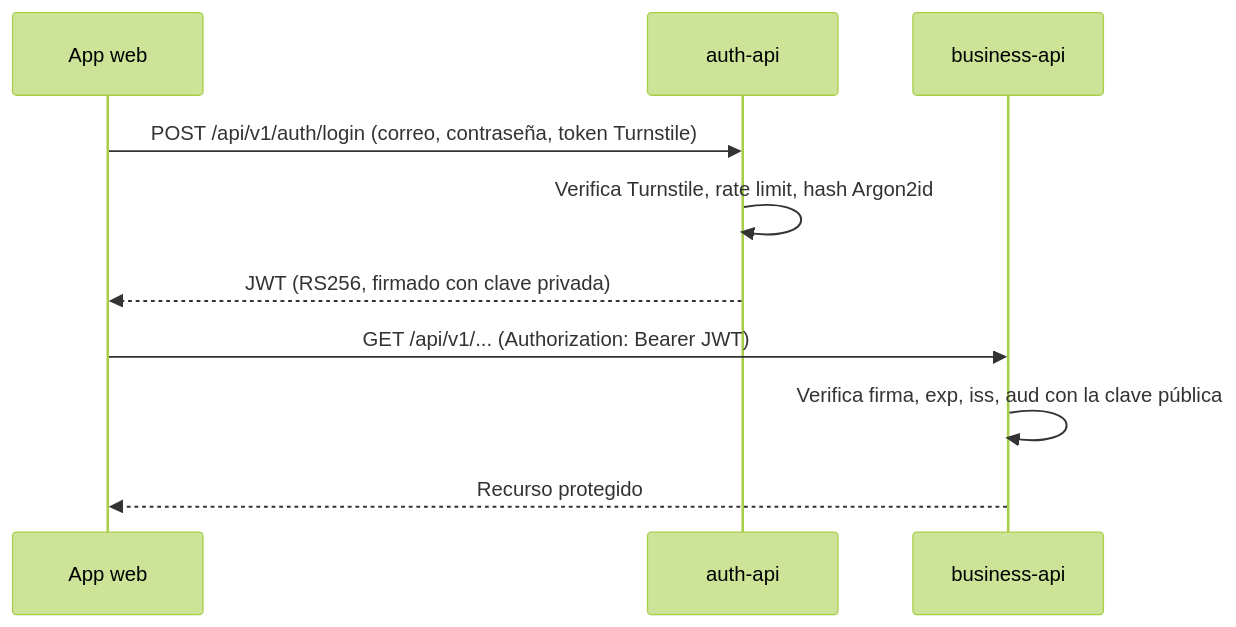
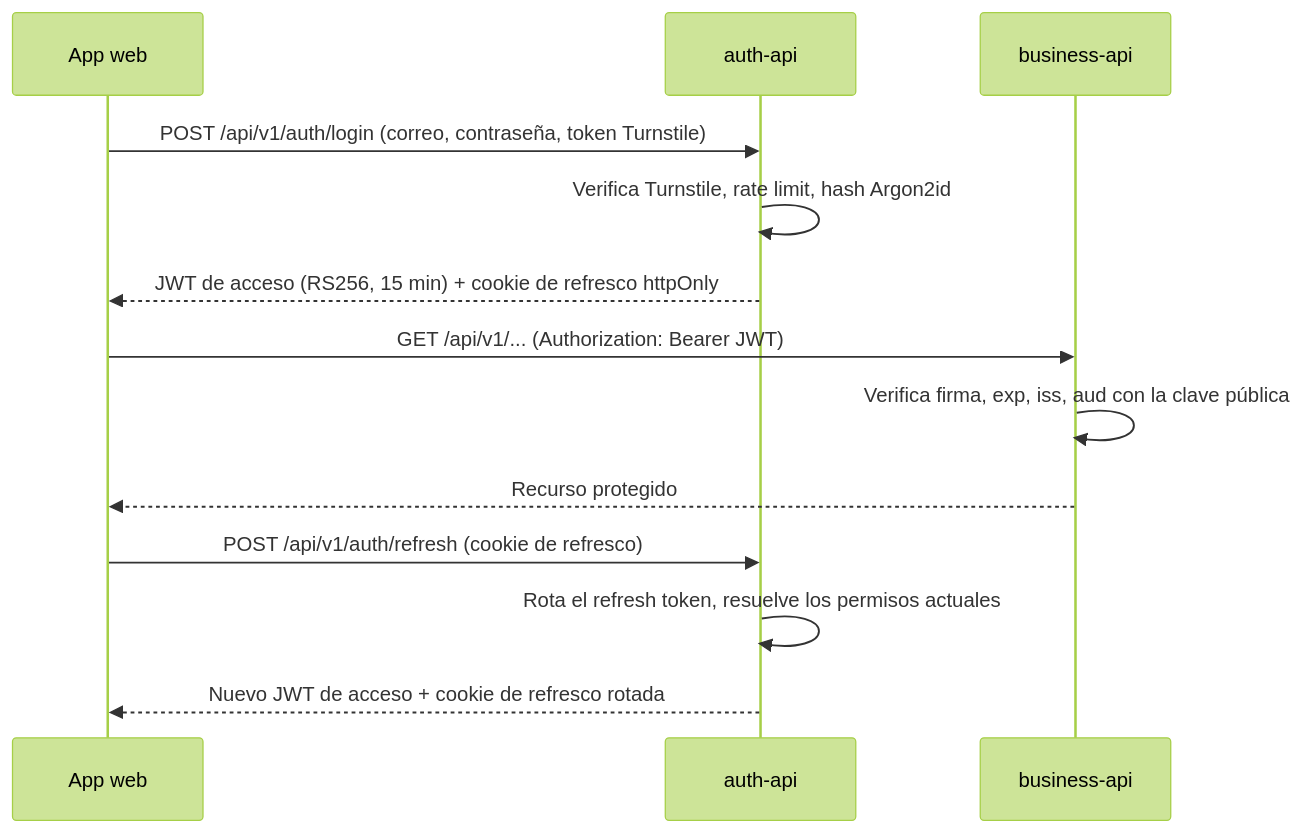
One commit to Zerik-Official/Motorix changed the diagram in docs/es/security.md. Above: the diagram before and after it, drawn with Mermaid (forest theme). The commit also changed other lines of this file and 1 other file, not shown here.

Commit message:
docs(security): document refresh token sessions

````diff
--- a/docs/es/security.md
+++ b/docs/es/security.md
@@ -5,13 +5,16 @@
 ```mermaid
 sequenceDiagram
     participant W as App web
     participant A as auth-api
     participant B as business-api
 
     W->>A: POST /api/v1/auth/login (correo, contraseña, token Turnstile)
     A->>A: Verifica Turnstile, rate limit, hash Argon2id
-    A-->>W: JWT (RS256, firmado con clave privada)
+    A-->>W: JWT de acceso (RS256, 15 min) + cookie de refresco httpOnly
     W->>B: GET /api/v1/... (Authorization: Bearer JWT)
     B->>B: Verifica firma, exp, iss, aud con la clave pública
     B-->>W: Recurso protegido
+    W->>A: POST /api/v1/auth/refresh (cookie de refresco)
+    A->>A: Rota el refresh token, resuelve los permisos actuales
+    A-->>W: Nuevo JWT de acceso + cookie de refresco rotada
 ```
````
